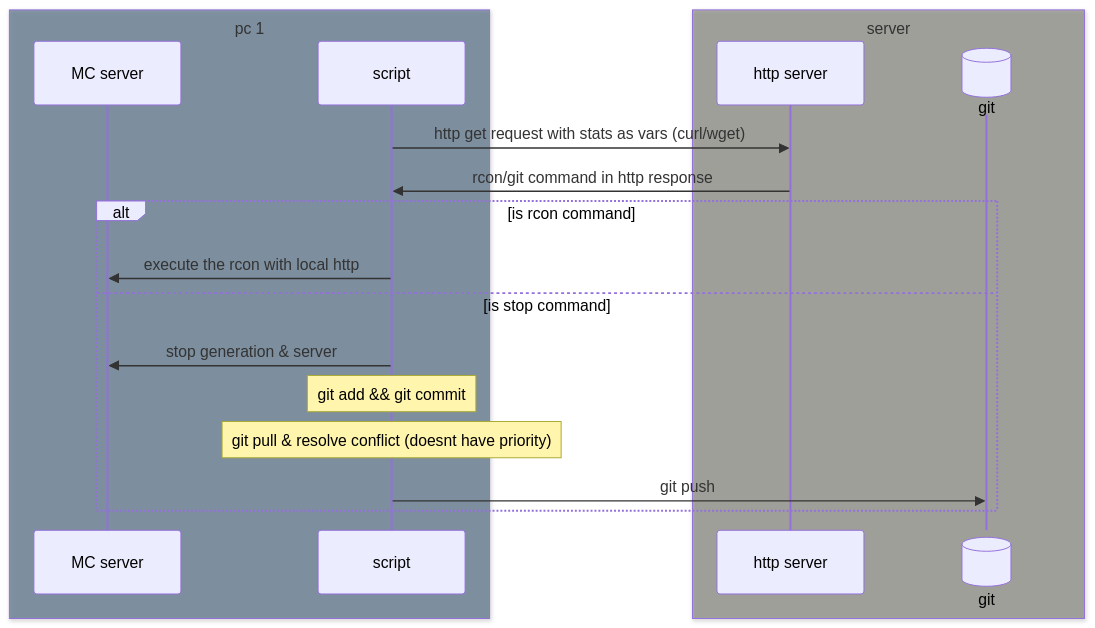
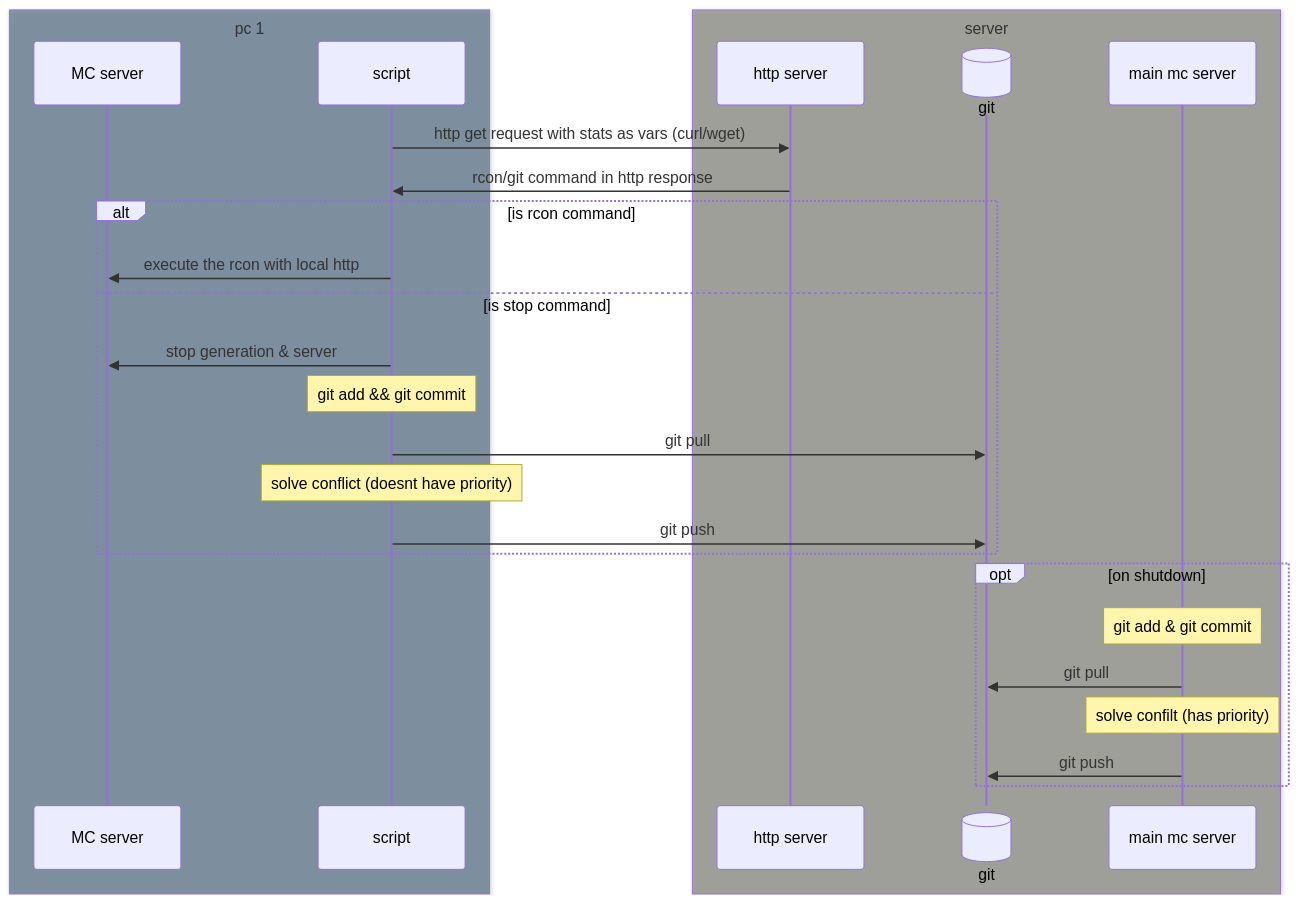
The diagram in README.md (Marius-PA/MCMultiChunk), drawn with Mermaid before and after one commit.

Commit message:
Update README with git command flow and conflict notes

````diff
--- a/README.md
+++ b/README.md
@@ -7,21 +7,30 @@
 ```mermaid
 sequenceDiagram
 box rgba(33,66,99,0.5) pc 1
 participant MC server
 participant script
 end
 box rgba(100,100,90,0.5) server
 participant http server
 participant git@{ "type" : "database" }
+participant a as main mc server
 end
     script->> http server: http get request with stats as vars (curl/wget)
     http server ->> script: rcon/git command in http response
     alt is rcon command
     script ->> MC server: execute the rcon with local http
     else is stop command
     script ->> MC server: stop generation & server
     note over script: git add && git commit
-    note over script: git pull & resolve conflict (doesnt have priority)
+    script ->> git: git pull
+    note over script: solve conflict (doesnt have priority)
     script ->> git: git push
     end
+
+opt on shutdown
+ note over a: git add & git commit
+ a ->> git: git pull
+ note over a: solve confilt (has priority)
+ a ->> git: git push
+end
 ```
````
